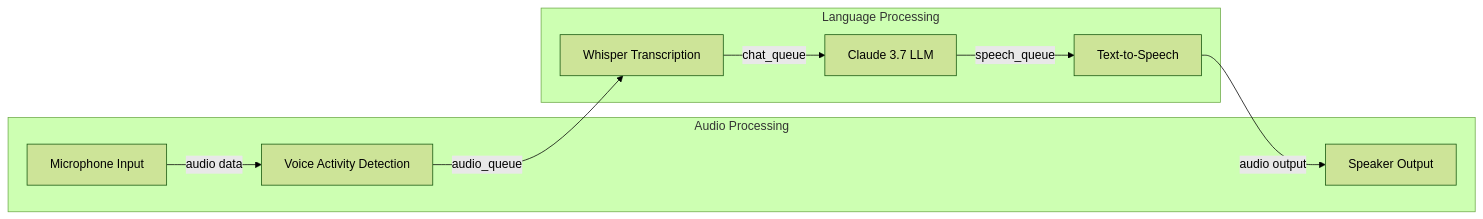
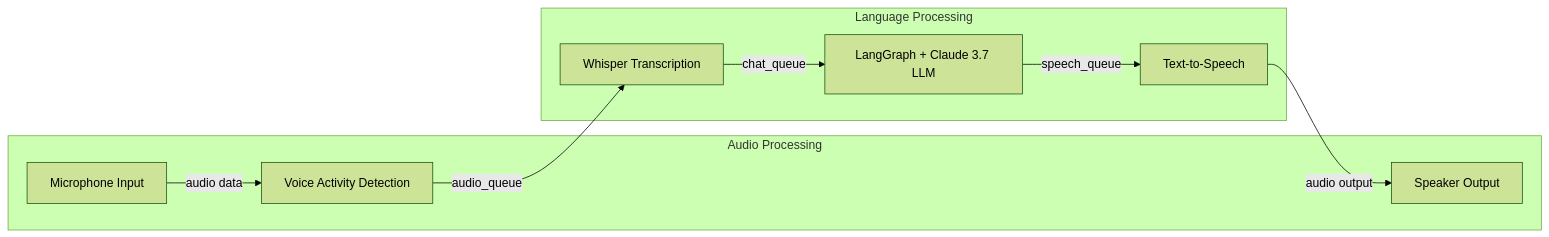
Before and after one commit to fpt/elise_ai: the first of 2 diagrams in README.md, drawn with Mermaid (forest theme). The commit also changed other lines of this file and 6 other files, not shown here.

````diff
--- a/README.md
+++ b/README.md
@@ -17,20 +19,20 @@
 ```mermaid
 flowchart LR
     Mic[Microphone Input] -- audio data --> VAD[Voice Activity Detection]
     VAD -- audio_queue --> Transcribe[Whisper Transcription]
-    Transcribe -- chat_queue --> ChatAgent[Claude 3.7 LLM]
+    Transcribe -- chat_queue --> ChatAgent[LangGraph + Claude 3.7 LLM]
     ChatAgent -- speech_queue --> Voice[Text-to-Speech]
     Voice -- audio output --> Speaker[Speaker Output]
     
     subgraph Audio Processing
         Mic
         VAD
         Speaker
     end
     
     subgraph Language Processing
         Transcribe
         ChatAgent
         Voice
     end
 ```
````
